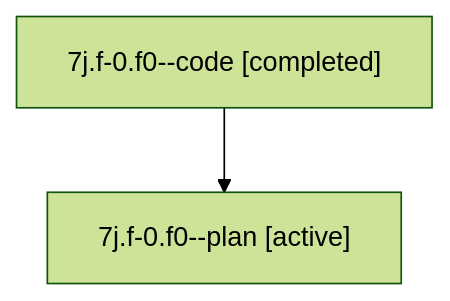
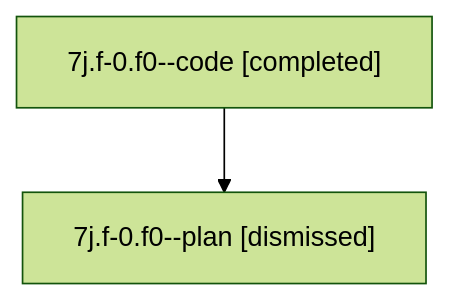
The diagram in sessions/bbugyi200.athena.7j.f-0.f0.md (sase-org/sase--agents), drawn with Mermaid (forest theme) before and after one commit. The commit also changed other lines of this file and 29 other files, not shown here.

````diff
--- a/sessions/bbugyi200.athena.7j.f-0.f0.md
+++ b/sessions/bbugyi200.athena.7j.f-0.f0.md
@@ -9,6 +9,6 @@
 ```mermaid
 flowchart TD
   n0["7j.f-0.f0--code [completed]"]
-  n1["7j.f-0.f0--plan [active]"]
+  n1["7j.f-0.f0--plan [dismissed]"]
   n0 --> n1
 ```
````
